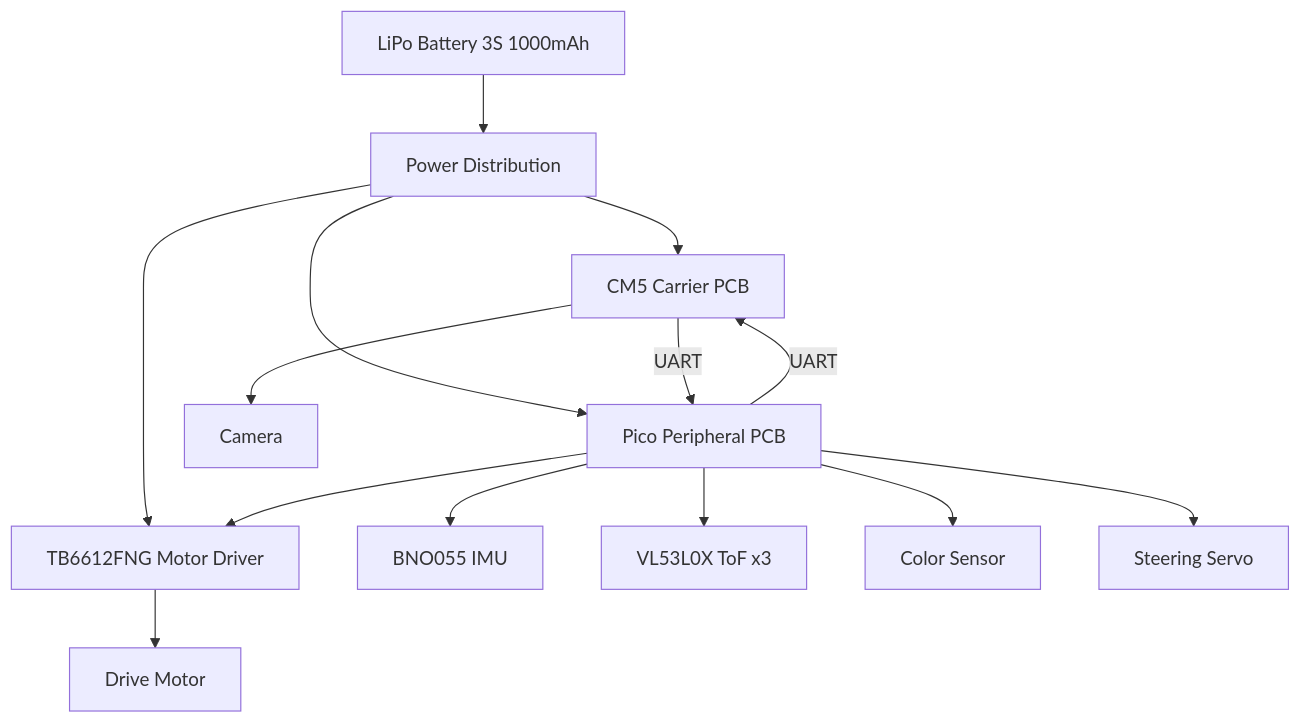
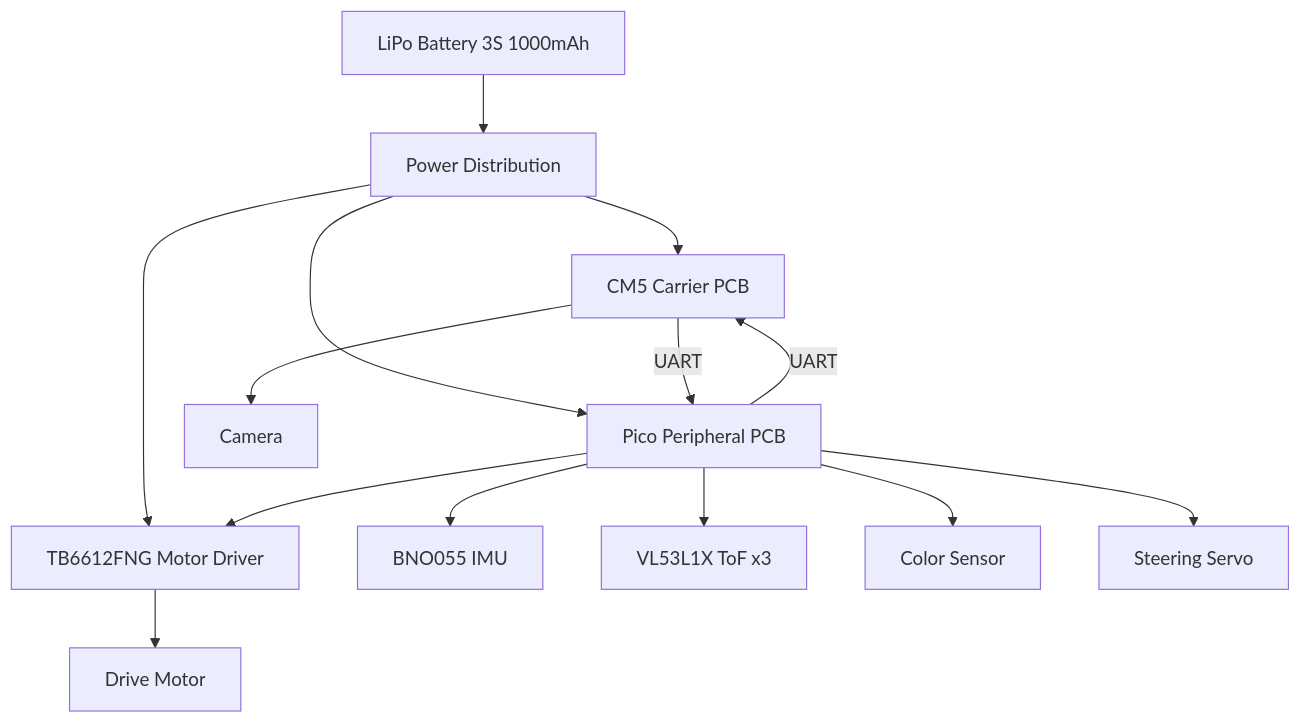
The first of 5 diagrams in README.md (devanshimaleri-hub/WRO2026_TeamAstra), drawn with Mermaid before and after one commit. The commit also changed other lines of this file, not shown here.

````diff
--- a/README.md
+++ b/README.md
@@ -397,19 +398,19 @@
 ```mermaid
 graph TD
     A[LiPo Battery 3S 1000mAh] --> B[Power Distribution]
     B --> C[CM5 Carrier PCB]
     B --> D[Pico Peripheral PCB]
     B --> E[TB6612FNG Motor Driver]
 
     C -->|UART| D
     D -->|UART| C
 
     D --> F[BNO055 IMU]
-    D --> G[VL53L0X ToF x3]
+    D --> G[VL53L1X ToF x3]
     D --> H[Color Sensor]
     D --> E
     E --> I[Drive Motor]
     D --> J[Steering Servo]
 
     C --> K[Camera]
 ```
````
